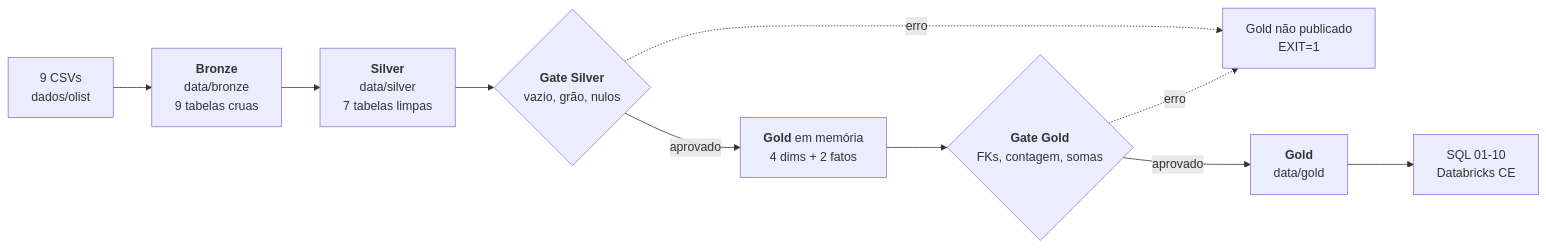
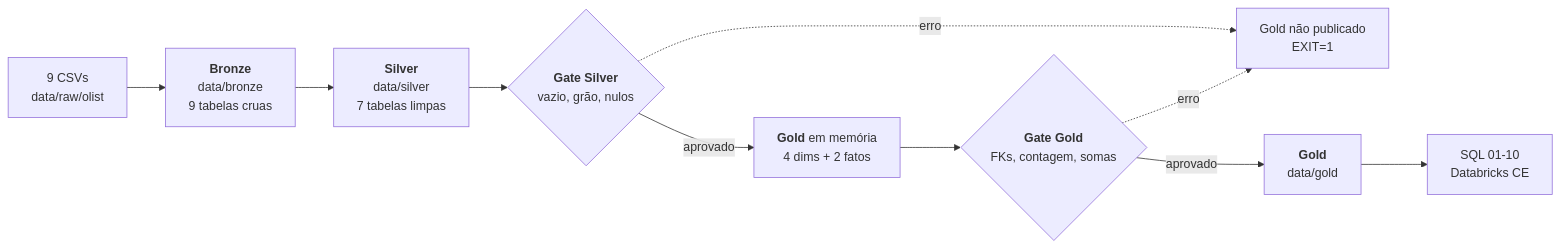
One commit to renatoapdl/pipeline-etl-vendas changed the diagram in README.md. Above: the diagram before and after it, drawn with Mermaid. The commit also changed other lines of this file and 20 other files, not shown here.

````diff
--- a/README.md
+++ b/README.md
@@ -15,12 +15,12 @@
 ```mermaid
 flowchart LR
-  A["9 CSVs<br/>dados/olist"] --> B["<b>Bronze</b><br/>data/bronze<br/>9 tabelas cruas"]
+  A["9 CSVs<br/>data/raw/olist"] --> B["<b>Bronze</b><br/>data/bronze<br/>9 tabelas cruas"]
   B --> C["<b>Silver</b><br/>data/silver<br/>7 tabelas limpas"]
   C --> Q1{"<b>Gate Silver</b><br/>vazio, grão, nulos"}
   Q1 -->|aprovado| G["<b>Gold</b> em memória<br/>4 dims + 2 fatos"]
   G --> Q2{"<b>Gate Gold</b><br/>FKs, contagem, somas"}
   Q1 -.->|erro| X["Gold não publicado<br/>EXIT=1"]
   Q2 -.->|erro| X
   Q2 -->|aprovado| D["<b>Gold</b><br/>data/gold"]
   D --> E["SQL 01-10<br/>Databricks CE"]
 ```
````
